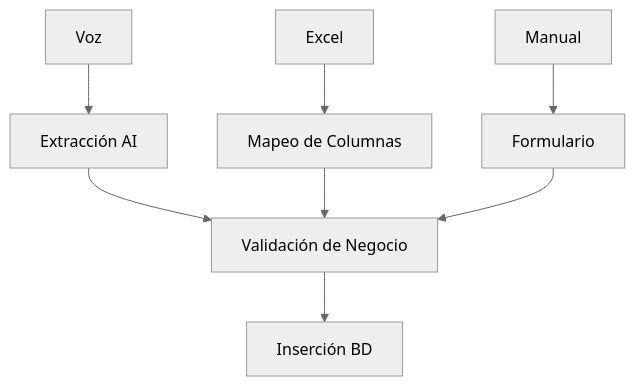
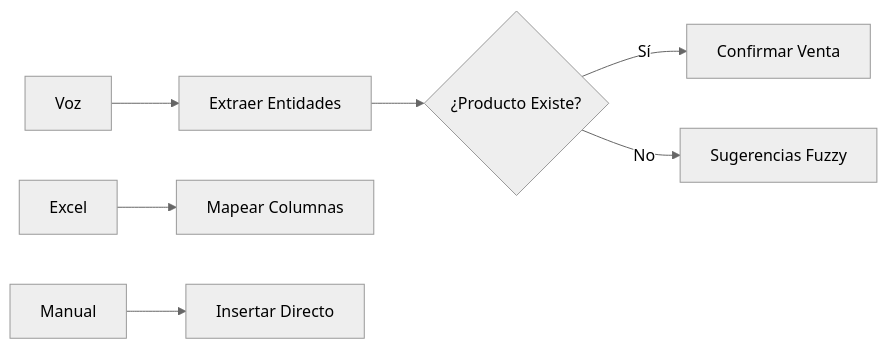
Before and after one commit to No-Country-simulation/-S02-26-Equipo-53-Data-Science: the first of 2 diagrams in documentacion/funcionalidades.md, drawn with Mermaid (neutral theme). The commit also changed other lines of this file and 5 other files, not shown here.

Commit message:
docs: finalize artistic and comprehensive documentation overhaul with premium styling and diagrams

````diff
--- a/documentacion/funcionalidades.md
+++ b/documentacion/funcionalidades.md
@@ -8,8 +17,10 @@
 ```mermaid
-graph TD
-    V[Voz] --> AI[Extracción AI]
-    E[Excel] --> M[Mapeo de Columnas]
-    Man[Manual] --> F[Formulario]
-    AI & M & F --> Vld[Validación de Negocio]
-    Vld --> P[Inserción BD]
+graph LR
+    V[Voz] --> AI[Extraer Entidades]
+    E[Excel] --> M[Mapear Columnas]
+    Man[Manual] --> F[Insertar Directo]
+    
+    AI --> Match{¿Producto Existe?}
+    Match -->|Sí| OK[Confirmar Venta]
+    Match -->|No| Sug[Sugerencias Fuzzy]
 ```
````
